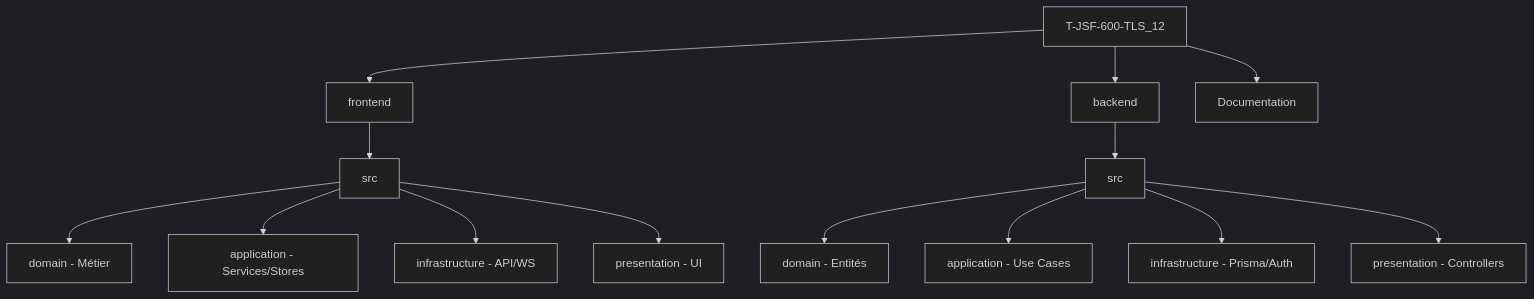
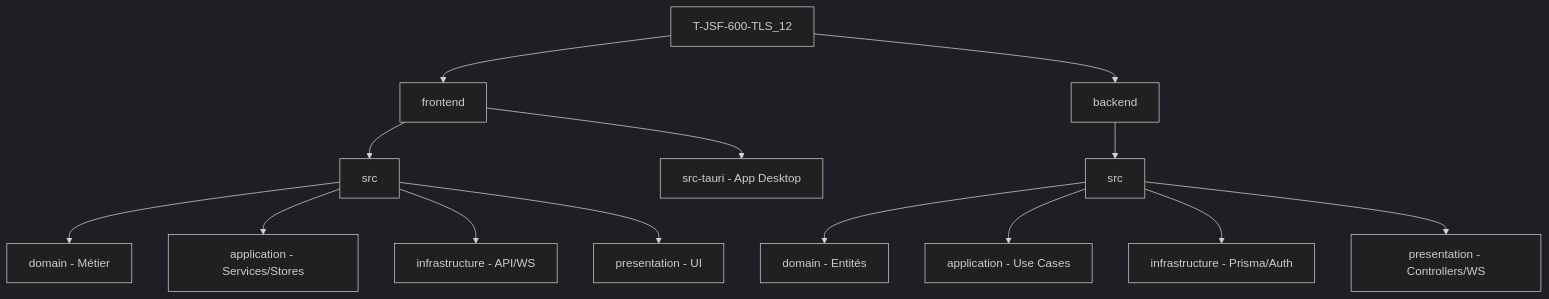
Before and after one commit to 1001franck/Neosis: the diagram in README.md, drawn with Mermaid (dark theme). The commit also changed other lines of this file, not shown here.

````diff
--- a/README.md
+++ b/README.md
@@ -50,18 +53,18 @@
 ```mermaid
 graph TD
     Root[T-JSF-600-TLS_12] --> F[frontend]
     Root --> B[backend]
-    Root --> D[Documentation]
 
     F --> FS[src]
     FS --> FD[domain - Métier]
     FS --> FA[application - Services/Stores]
     FS --> FI[infrastructure - API/WS]
     FS --> FP[presentation - UI]
+    F --> FT[src-tauri - App Desktop]
 
     B --> BS[src]
     BS --> BD[domain - Entités]
     BS --> BA[application - Use Cases]
     BS --> BI[infrastructure - Prisma/Auth]
-    BS --> BPR[presentation - Controllers]
+    BS --> BPR[presentation - Controllers/WS]
 ```
````
